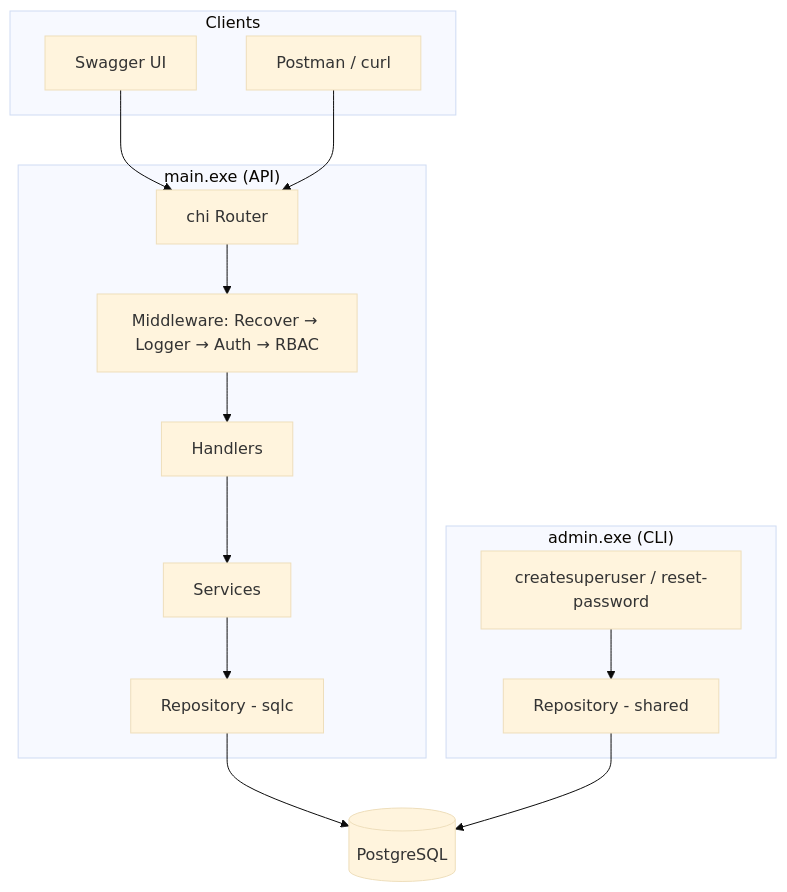
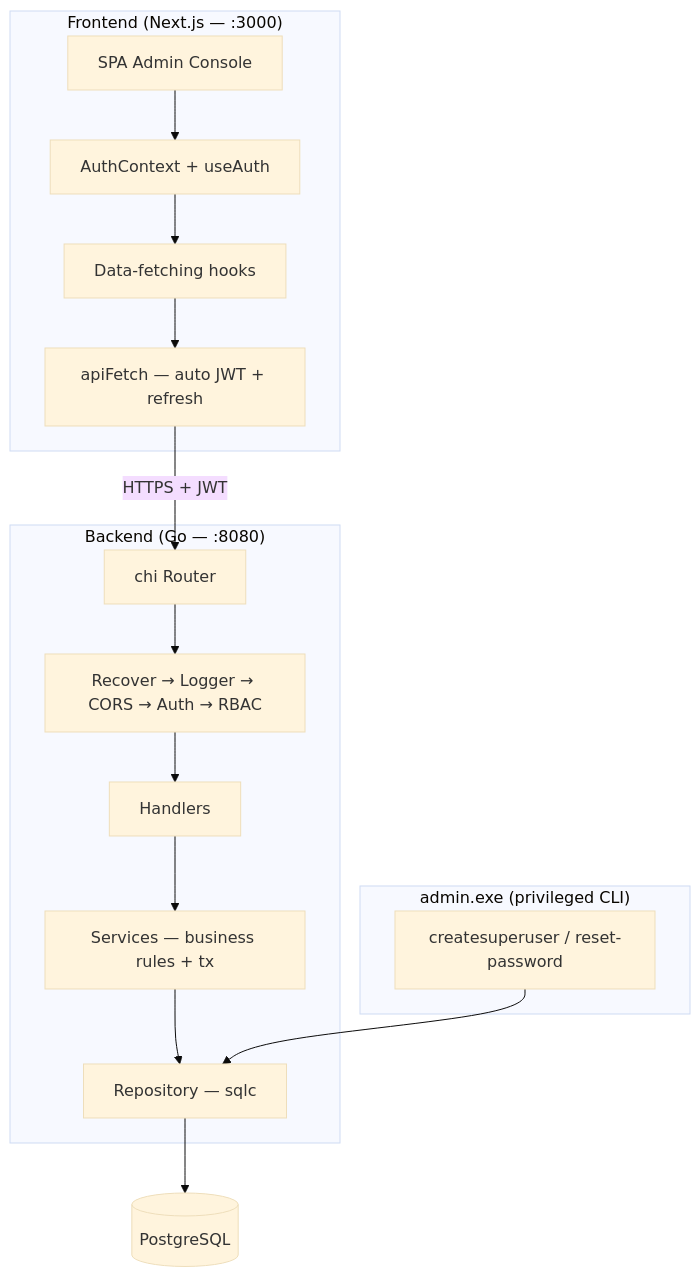
Before and after one commit to Zahir-Seid/Hotel_Employee_Managment_System: the first of 2 diagrams in README.md, drawn with Mermaid (base theme). The commit also changed other lines of this file, not shown here.

First line of the commit message:
docs: update main README to include frontend stack and setup

````diff
--- a/README.md
+++ b/README.md
@@ -21,27 +20,27 @@
 ```mermaid
 flowchart TB
-    subgraph Clients
-        SW[Swagger UI]
-        PM[Postman / curl]
+    subgraph FE["Frontend (Next.js — :3000)"]
+        UI[SPA Admin Console]
+        AUTH[AuthContext + useAuth]
+        HOOKS[Data-fetching hooks]
+        APICLIENT[apiFetch — auto JWT + refresh]
     end
 
-    subgraph MainExe["main.exe (API)"]
+    subgraph BE["Backend (Go — :8080)"]
         R[chi Router]
-        MW[Middleware: Recover → Logger → Auth → RBAC]
+        MW[Recover → Logger → CORS → Auth → RBAC]
         H[Handlers]
-        S[Services]
-        REPO[Repository - sqlc]
+        S[Services — business rules + tx]
+        REPO[Repository — sqlc]
     end
 
-    subgraph AdminExe["admin.exe (CLI)"]
+    subgraph CLI["admin.exe (privileged CLI)"]
         CMD[createsuperuser / reset-password]
-        AREPO[Repository - shared]
     end
 
     DB[(PostgreSQL)]
 
-    SW --> R
-    PM --> R
+    UI --> AUTH --> HOOKS --> APICLIENT -->|HTTPS + JWT| R
     R --> MW --> H --> S --> REPO --> DB
-    CMD --> AREPO --> DB
+    CMD --> REPO
 ```
````
